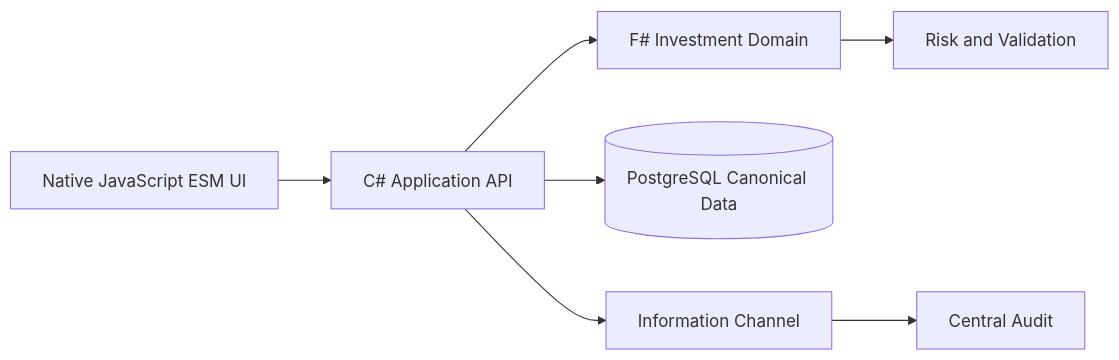
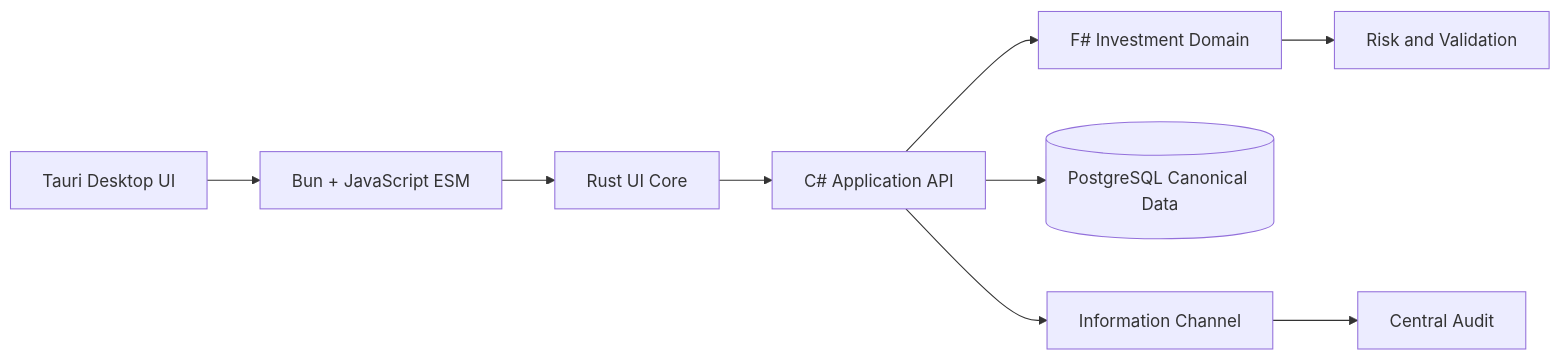
One commit to guilty442-source/GPTBridge changed the diagram in governance_rule/codex/architecture-tool-ai-assistant.md. Above: the diagram before and after it, drawn with Mermaid. The commit also changed 92 other files, not shown here.

````diff
--- a/governance_rule/codex/architecture-tool-ai-assistant.md
+++ b/governance_rule/codex/architecture-tool-ai-assistant.md
@@ -3,9 +3,11 @@
 ```mermaid
 flowchart LR
-  UI[Native JavaScript ESM UI] --> API[C# Application API]
+  UI[Tauri Desktop UI] --> BUN[Bun + JavaScript ESM]
+  BUN --> RUST[Rust UI Core]
+  RUST --> API[C# Application API]
   API --> DOMAIN[F# Investment Domain]
   DOMAIN --> RISK[Risk and Validation]
   API --> PG[(PostgreSQL Canonical Data)]
   API --> INFO[Information Channel]
   INFO --> AUDIT[Central Audit]
 ```
````
